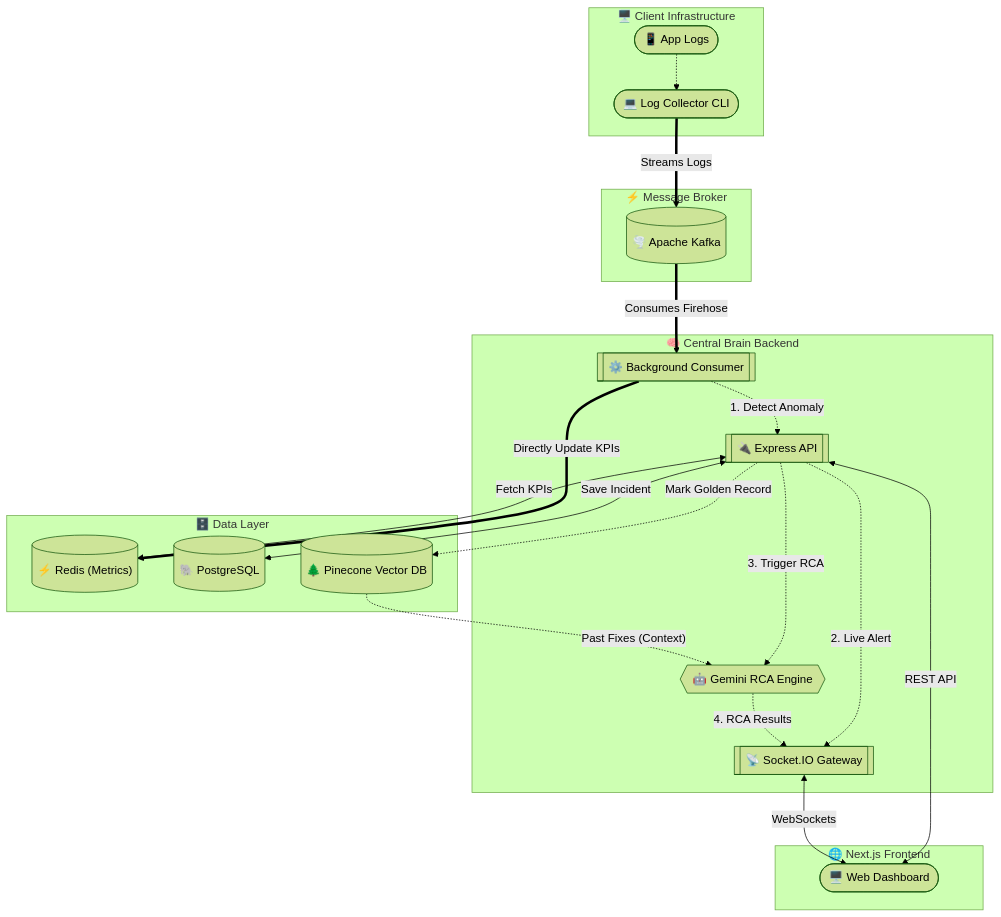
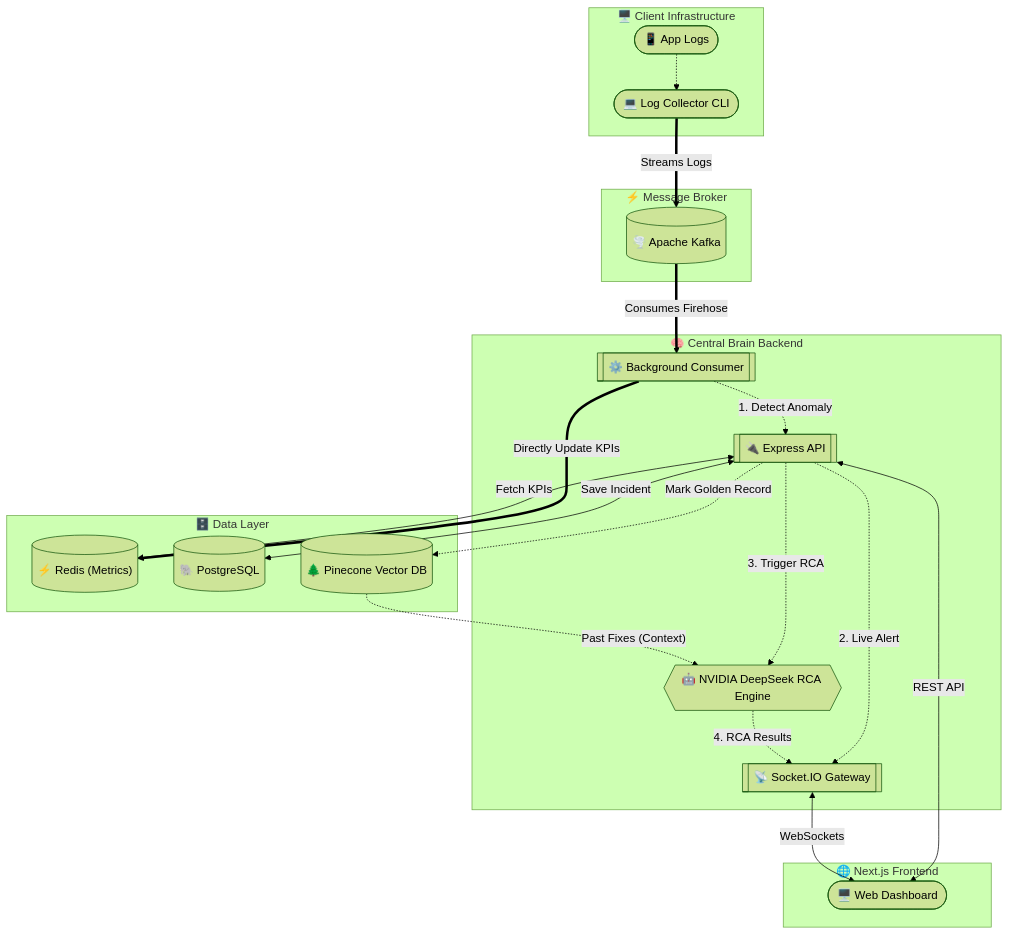
Before and after one commit to jithendrajasti/AIOPS-SENTINEL: the diagram in README.md, drawn with Mermaid (forest theme). The commit also changed other lines of this file, not shown here.

````diff
--- a/README.md
+++ b/README.md
@@ -33,49 +34,49 @@
 ```mermaid
 flowchart TD
     subgraph Client ["🖥️ Client Infrastructure"]
         APP(["📱 App Logs"])
         LC(["💻 Log Collector CLI"])
         APP -.-> LC
     end
 
     subgraph Broker ["⚡ Message Broker"]
         KAFKA[("🌪️ Apache Kafka")]
     end
 
     subgraph Backend ["🧠 Central Brain Backend"]
         CONSUMER[["⚙️ Background Consumer"]]
         API[["🔌 Express API"]]
         SOCKETS[["📡 Socket.IO Gateway"]]
-        AI{{"🤖 Gemini RCA Engine"}}
+        AI{{"🤖 NVIDIA DeepSeek RCA Engine"}}
     end
 
     subgraph DataLayer ["🗄️ Data Layer"]
         REDIS[("⚡ Redis (Metrics)")]
         PG[("🐘 PostgreSQL")]
         PINECONE[("🌲 Pinecone Vector DB")]
     end
 
     subgraph FrontendApp ["🌐 Next.js Frontend"]
         UI(["🖥️ Web Dashboard"])
     end
 
     %% Flow
     LC ==>|"Streams Logs"| KAFKA
     
     KAFKA ==>|"Consumes Firehose"| CONSUMER
     CONSUMER -.->|"1. Detect Anomaly"| API
     CONSUMER ==>|"Directly Update KPIs"| REDIS
     
     API <-->|"Fetch KPIs"| REDIS
     API <-->|"Save Incident"| PG
     API -.->|"Mark Golden Record"| PINECONE
     
     API -.->|"2. Live Alert"| SOCKETS
     API -.->|"3. Trigger RCA"| AI
     
     PINECONE -.->|"Past Fixes (Context)"| AI
     AI -.->|"4. RCA Results"| SOCKETS
 
     API <-->|"REST API"| UI
     SOCKETS <-->|"WebSockets"| UI
 ```
````
